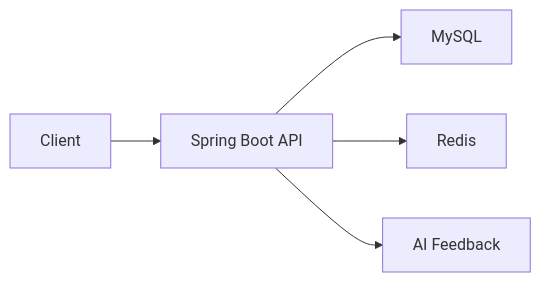
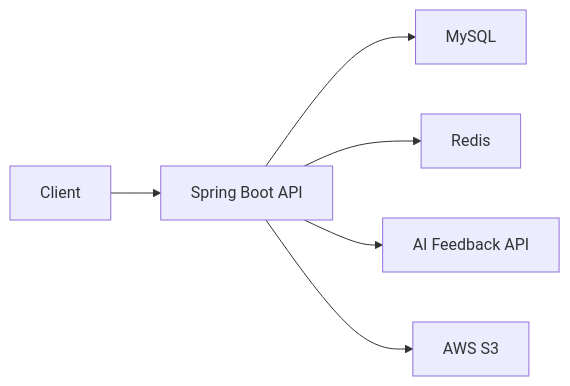
One commit to sumyeom/MyGrowth changed the diagram in README.md. Above: the diagram before and after it, drawn with Mermaid. The commit also changed other lines of this file, not shown here.

````diff
--- a/README.md
+++ b/README.md
@@ -27,7 +36,8 @@
 ```mermaid
 flowchart LR
-    A["Client"] --> B["Spring Boot API"]
-    B --> C["MySQL"]
-    B --> D["Redis"]
-    B --> E["AI Feedback"]
+    Client["Client"] --> API["Spring Boot API"]
+    API --> MySQL["MySQL"]
+    API --> Redis["Redis"]
+    API --> AI["AI Feedback API"]
+    API --> S3["AWS S3"]
 ```
````
